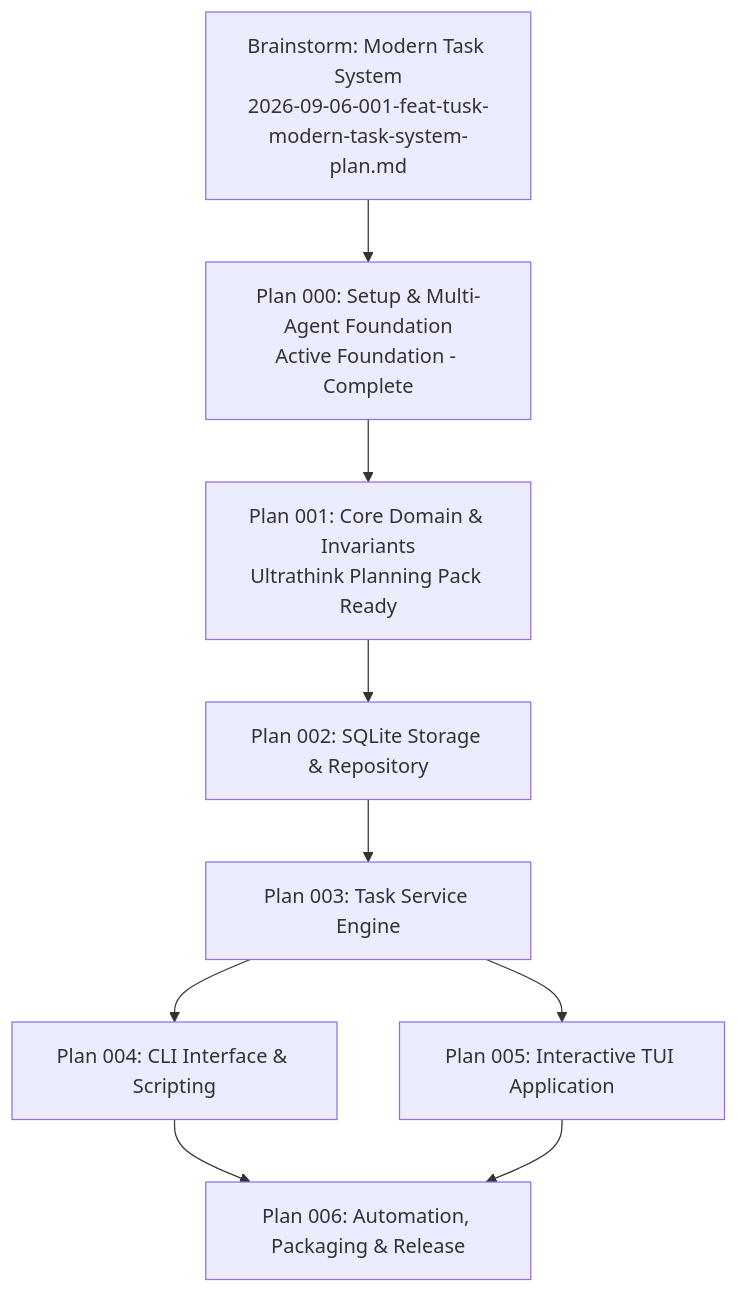
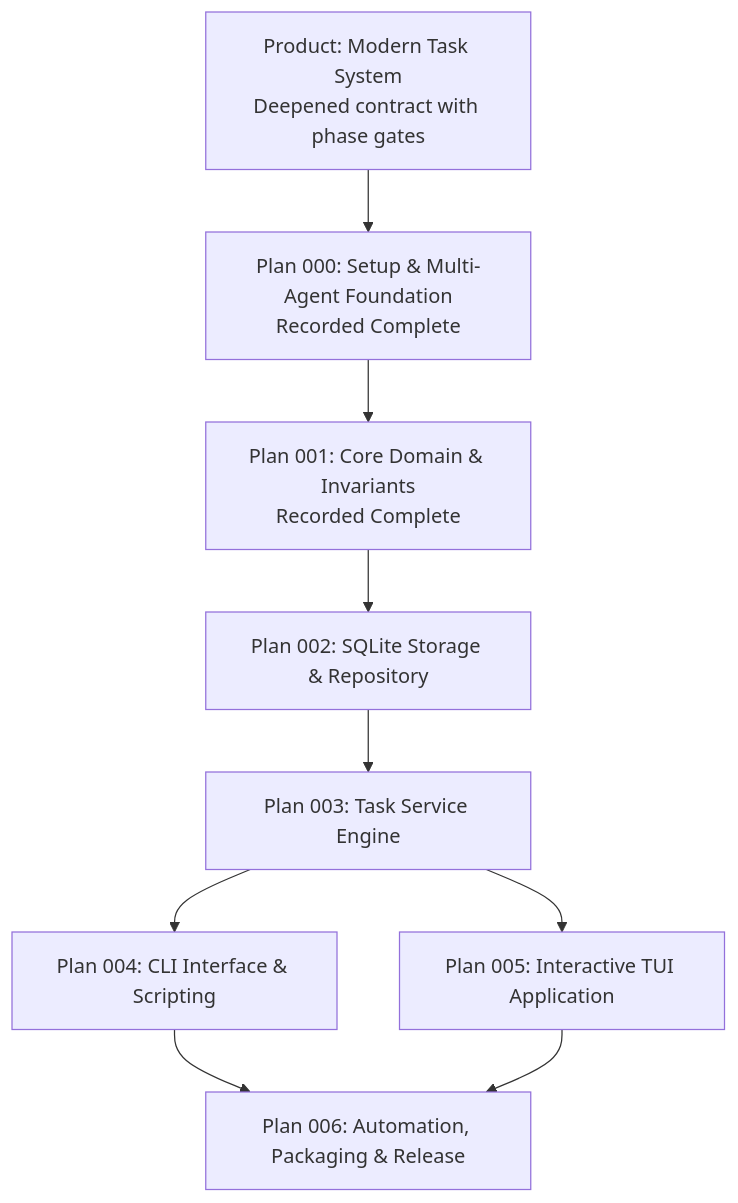
The diagram in docs/plans/README.md (newbpydev/tusk), drawn with Mermaid before and after one commit. The commit also changed other lines of this file and 5 other files, not shown here.

First line of the commit message:
Deepen product plan and add verification triplet

````diff
--- a/docs/plans/README.md
+++ b/docs/plans/README.md
@@ -9,11 +9,11 @@
 ```mermaid
 graph TD
-    B[Brainstorm: Modern Task System<br/>2026-09-06-001-feat-tusk-modern-task-system-plan.md] --> P0[Plan 000: Setup & Multi-Agent Foundation<br/>Active Foundation - Complete]
-    P0 --> P1[Plan 001: Core Domain & Invariants<br/>Ultrathink Planning Pack Ready]
+    B[Product: Modern Task System<br/>Deepened contract with phase gates] --> P0[Plan 000: Setup & Multi-Agent Foundation<br/>Recorded Complete]
+    P0 --> P1[Plan 001: Core Domain & Invariants<br/>Recorded Complete]
     P1 --> P2[Plan 002: SQLite Storage & Repository]
     P2 --> P3[Plan 003: Task Service Engine]
     P3 --> P4[Plan 004: CLI Interface & Scripting]
     P3 --> P5[Plan 005: Interactive TUI Application]
     P4 --> P6[Plan 006: Automation, Packaging & Release]
     P5 --> P6
 ```
````
